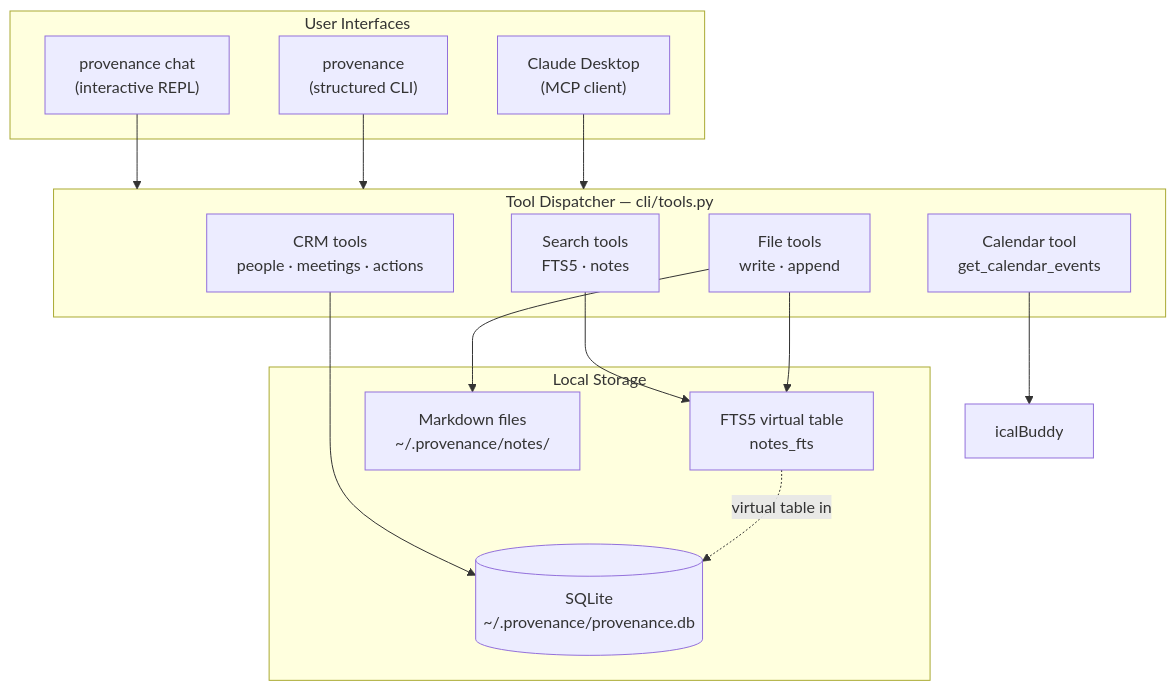
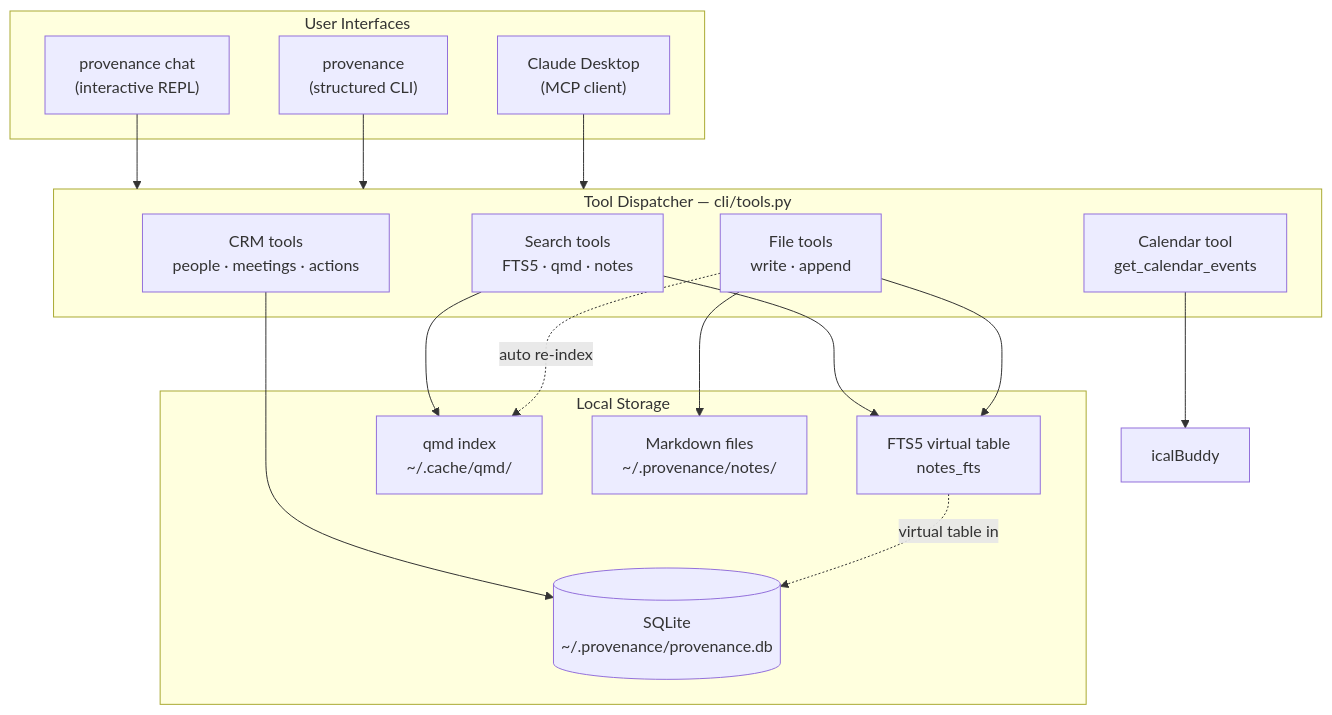
One commit to shawnzam/provenance changed the diagram in README.md. Above: the diagram before and after it, drawn with Mermaid. The commit also changed other lines of this file and 7 other files, not shown here.

First line of the commit message:
Add qmd hybrid AI search integration for notes

````diff
--- a/README.md
+++ b/README.md
@@ -98,33 +106,36 @@
 ```mermaid
 graph TD
     subgraph Interfaces["User Interfaces"]
         REPL["provenance chat\n(interactive REPL)"]
         CLI["provenance <cmd>\n(structured CLI)"]
         CD["Claude Desktop\n(MCP client)"]
     end
 
     subgraph Tools["Tool Dispatcher — cli/tools.py"]
         CRM["CRM tools\npeople · meetings · actions"]
-        SEARCH["Search tools\nFTS5 · notes"]
+        SEARCH["Search tools\nFTS5 · qmd · notes"]
         CAL["Calendar tool\nget_calendar_events"]
         FILES["File tools\nwrite · append"]
     end
 
     subgraph Storage["Local Storage"]
         DB[("SQLite\n~/.provenance/provenance.db")]
         FTS5["FTS5 virtual table\nnotes_fts"]
+        QMD["qmd index\n~/.cache/qmd/"]
         MD["Markdown files\n~/.provenance/notes/"]
     end
 
     REPL --> Tools
     CLI --> Tools
     CD --> Tools
 
     CRM --> DB
     SEARCH --> FTS5
+    SEARCH --> QMD
     FILES --> MD
     FILES --> FTS5
+    FILES -.->|"auto re-index"| QMD
     CAL --> IB["icalBuddy"]
 
     FTS5 -. "virtual table in" .-> DB
 ```
````
